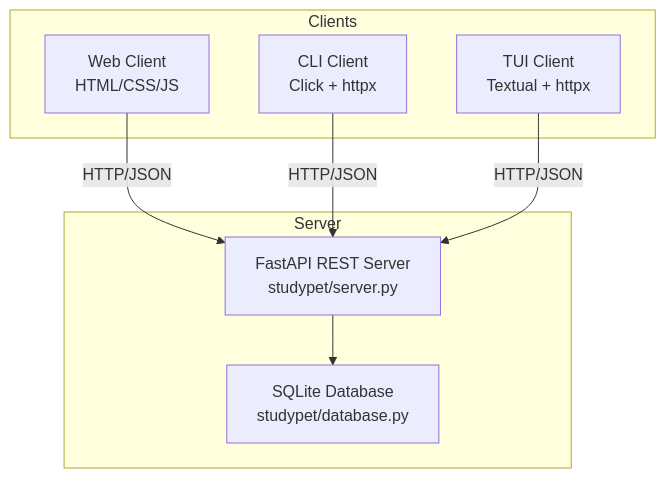
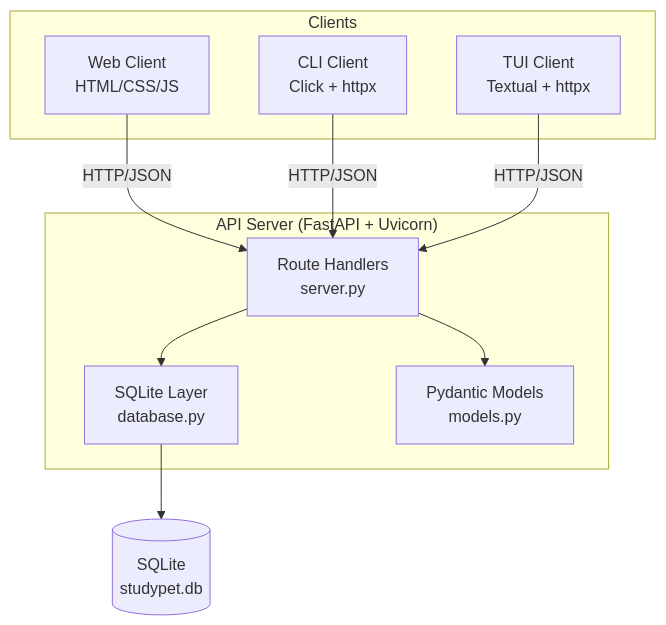
Before and after one commit to m4hnnnn/StudyPet: the diagram in README.md, drawn with Mermaid. The commit also changed other lines of this file, not shown here.

````diff
--- a/README.md
+++ b/README.md
@@ -7,18 +7,23 @@
 ```mermaid
 graph TD
     subgraph Clients
         WEB[Web Client<br/>HTML/CSS/JS]
         CLI[CLI Client<br/>Click + httpx]
         TUI[TUI Client<br/>Textual + httpx]
     end
 
-    subgraph Server
-        API[FastAPI REST Server<br/>studypet/server.py]
-        DB[SQLite Database<br/>studypet/database.py]
+    subgraph Server ["API Server (FastAPI + Uvicorn)"]
+        API[Route Handlers<br/>server.py]
+        DB[SQLite Layer<br/>database.py]
+        MDL[Pydantic Models<br/>models.py]
     end
+
+    SQLITE[(SQLite<br/>studypet.db)]
 
     WEB -->|HTTP/JSON| API
     CLI -->|HTTP/JSON| API
     TUI -->|HTTP/JSON| API
+    API --> MDL
     API --> DB
+    DB --> SQLITE
 ```
````
